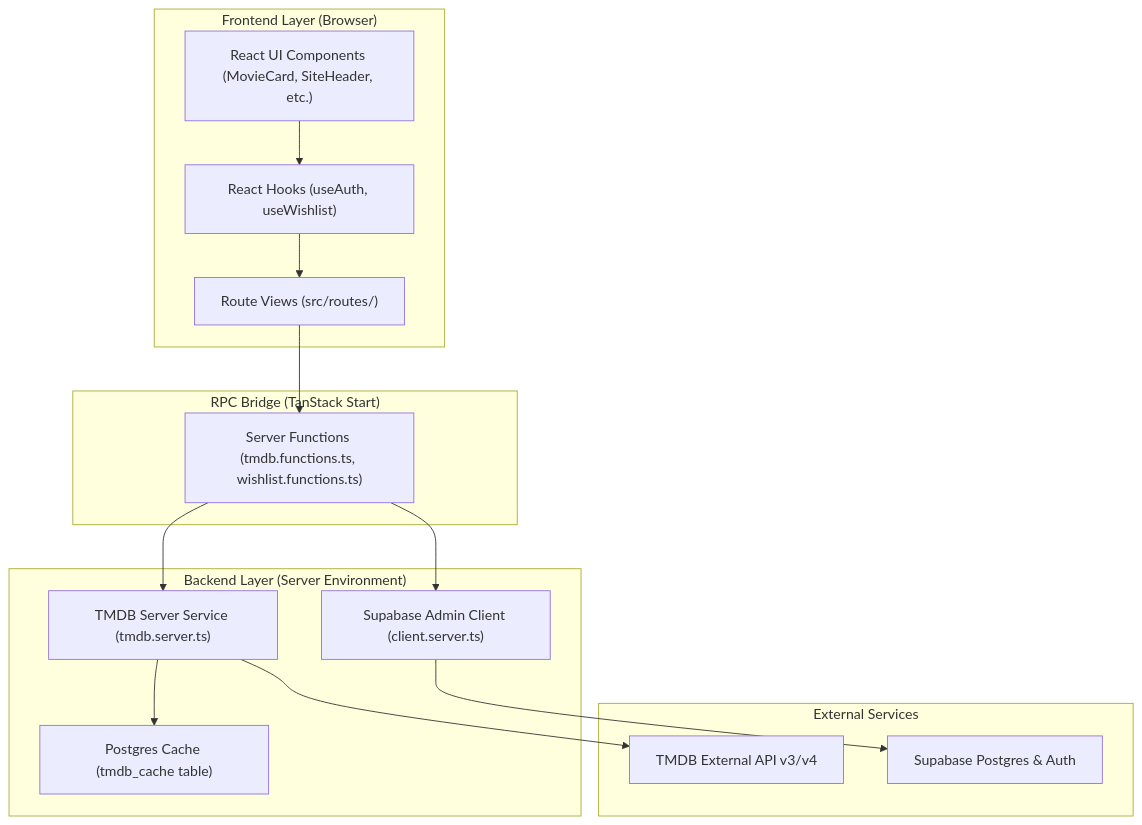
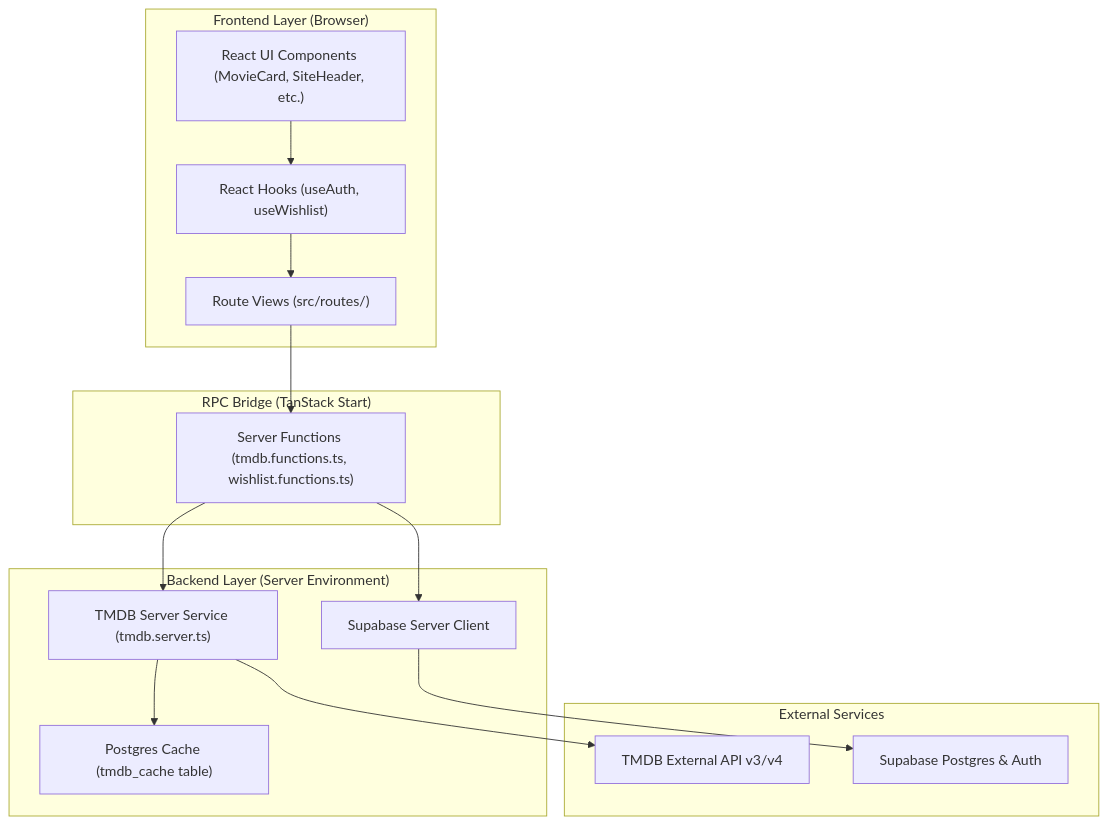
Before and after one commit to rajeevroy21/Trackzio_Assignment: the diagram in ARCHITECTURE.md, drawn with Mermaid. The commit also changed other lines of this file, not shown here.

Commit message:
update architecture

````diff
--- a/ARCHITECTURE.md
+++ b/ARCHITECTURE.md
@@ -13,33 +13,33 @@
 ```mermaid
 graph TD
 
     subgraph Client ["Frontend Layer (Browser)"]
         UI["React UI Components (MovieCard, SiteHeader, etc.)"]
         Pages["Route Views (src/routes/)"]
         Hooks["React Hooks (useAuth, useWishlist)"]
     end
 
     subgraph RPC ["RPC Bridge (TanStack Start)"]
         ServerFn["Server Functions (tmdb.functions.ts, wishlist.functions.ts)"]
     end
 
     subgraph Server ["Backend Layer (Server Environment)"]
         TMDBService["TMDB Server Service (tmdb.server.ts)"]
         Cache["Postgres Cache (tmdb_cache table)"]
-        SupabaseServer["Supabase Admin Client (client.server.ts)"]
+        SupabaseServer["Supabase Server Client"]
     end
 
     subgraph External ["External Services"]
         TMDBAPI["TMDB External API v3/v4"]
         SupabaseDB["Supabase Postgres & Auth"]
     end
 
     UI --> Hooks
     Hooks --> Pages
     Pages --> ServerFn
     ServerFn --> TMDBService
     ServerFn --> SupabaseServer
     TMDBService --> Cache
     TMDBService --> TMDBAPI
     SupabaseServer --> SupabaseDB
 ```
````
